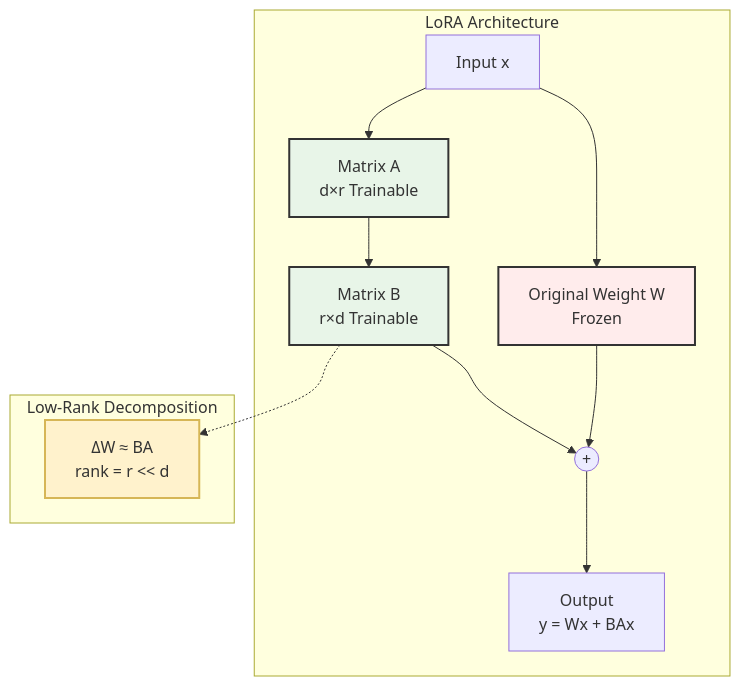
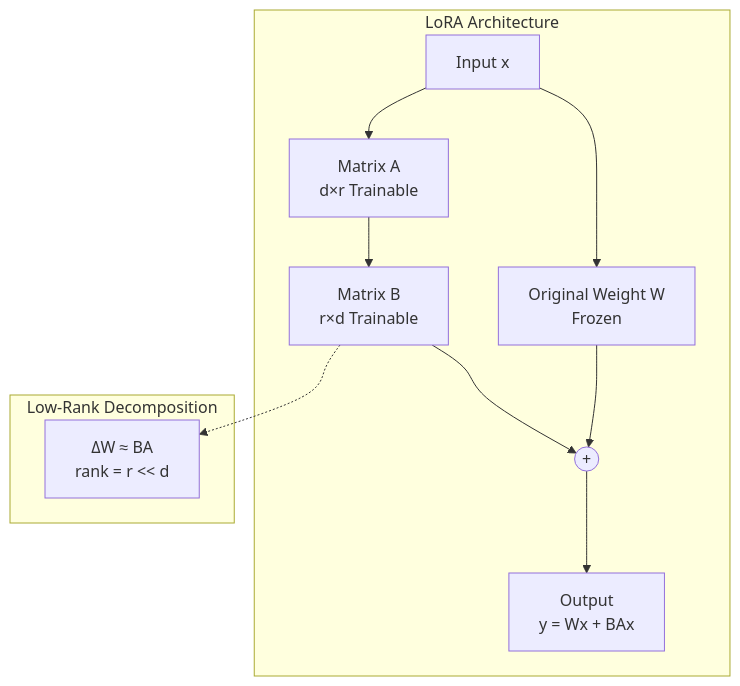
Before and after one commit to harimkang/ai-engineer-guide: the diagram in docs/4-대규모-언어-모델-llm/4-3-파인튜닝-and-정렬/parameter-efficient-fine-tuning.md, drawn with Mermaid. The commit also changed 45 other files, not shown here.

````diff
--- a/docs/4-대규모-언어-모델-llm/4-3-파인튜닝-and-정렬/parameter-efficient-fine-tuning.md
+++ b/docs/4-대규모-언어-모델-llm/4-3-파인튜닝-and-정렬/parameter-efficient-fine-tuning.md
@@ -35,22 +35,17 @@
 ```mermaid
 graph TD
     subgraph "LoRA Architecture"
         X[Input x] --> W[Original Weight W<br/>Frozen]
         X --> A[Matrix A<br/>d×r Trainable]
         A --> B[Matrix B<br/>r×d Trainable]
         W --> Add((+))
         B --> Add
         Add --> Y[Output<br/>y = Wx + BAx]
     end
 
     subgraph "Low-Rank Decomposition"
         Delta[ΔW ≈ BA<br/>rank = r << d]
     end
 
     B -.-> Delta
-    
-    style W fill:#ffecec,stroke:#333,stroke-width:2px
-    style A fill:#e8f5e8,stroke:#333,stroke-width:2px
-    style B fill:#e8f5e8,stroke:#333,stroke-width:2px
-    style Delta fill:#fff2cc,stroke:#d6b656,stroke-width:2px
 ```
````
